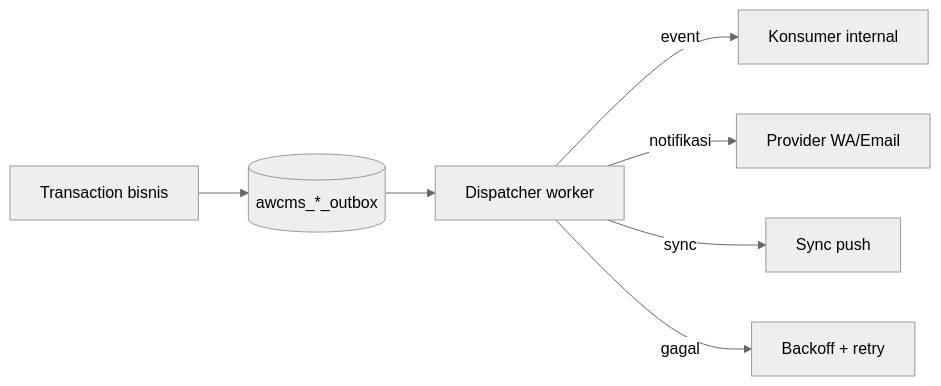
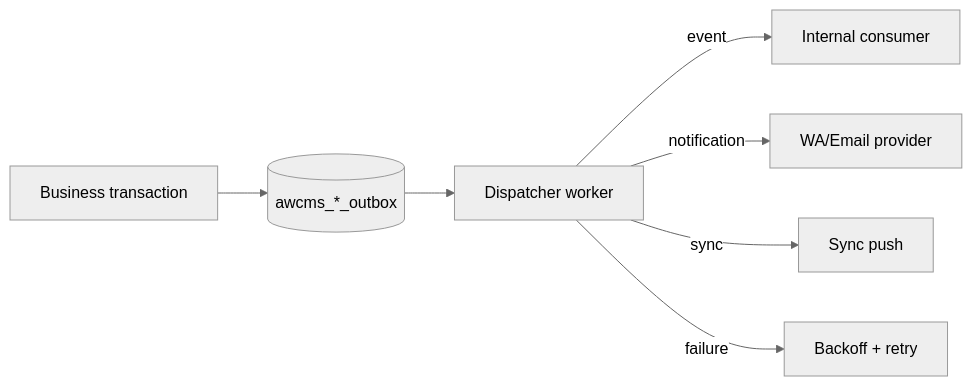
One commit to ahliweb/awcms changed the third of 5 diagrams in docs/awcms/16_backend_data_access_integration.md. Above: the diagram before and after it, drawn with Mermaid (neutral theme). The commit also changed other lines of this file and 603 other files, not shown here.

````diff
--- a/docs/awcms/16_backend_data_access_integration.md
+++ b/docs/awcms/16_backend_data_access_integration.md
@@ -145,9 +147,9 @@
 ```mermaid
 flowchart LR
-  Tx[Transaction bisnis] --> OB[(awcms_*_outbox)]
+  Tx[Business transaction] --> OB[(awcms_*_outbox)]
   OB --> Disp[Dispatcher worker]
-  Disp -->|event| Bus[Konsumer internal]
-  Disp -->|notifikasi| Prov[Provider WA/Email]
+  Disp -->|event| Bus[Internal consumer]
+  Disp -->|notification| Prov[WA/Email provider]
   Disp -->|sync| Node[Sync push]
-  Disp -->|gagal| Retry[Backoff + retry]
+  Disp -->|failure| Retry[Backoff + retry]
 ```
````
